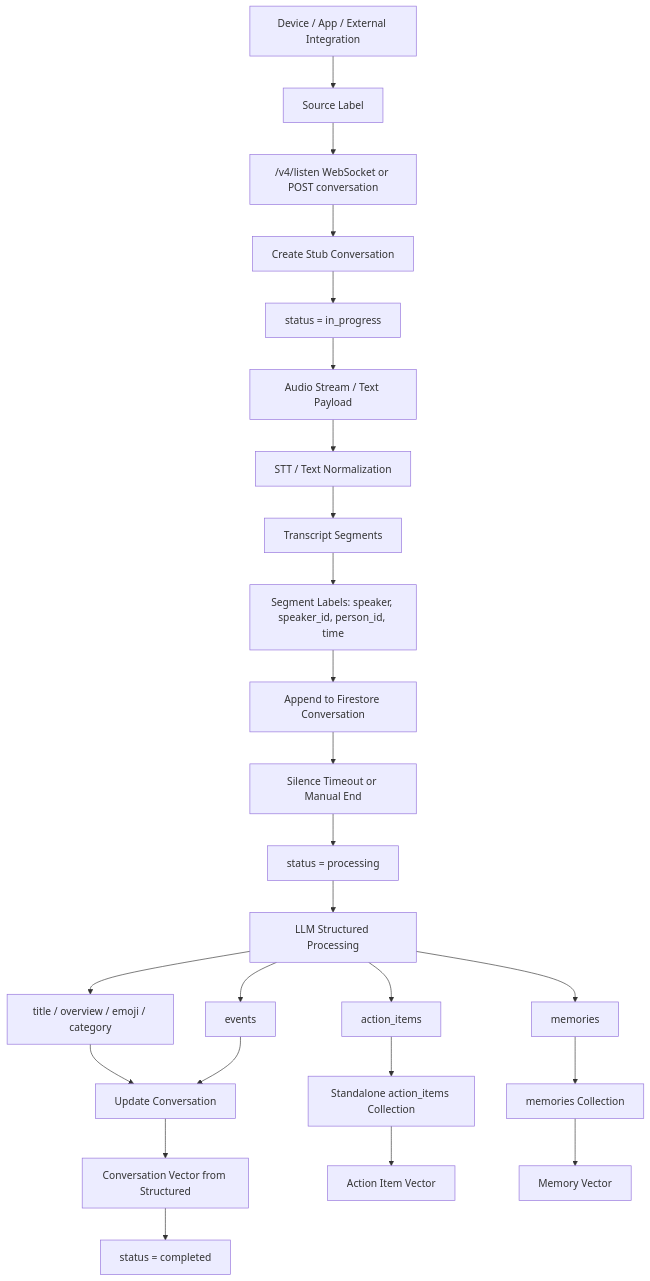
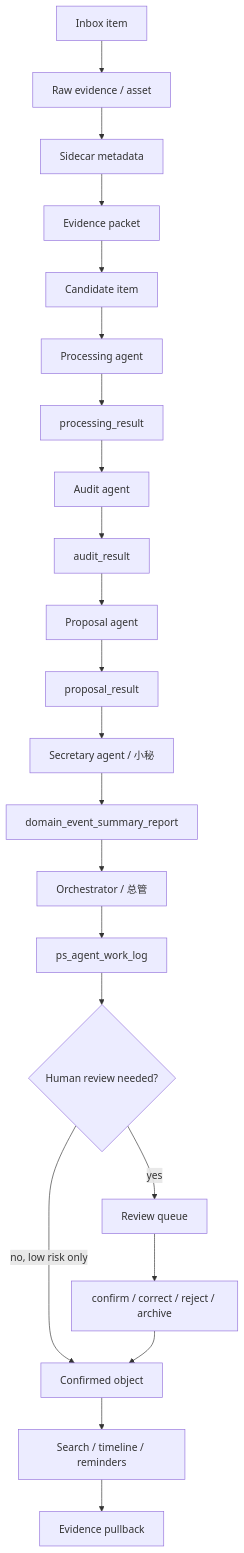
The diagram in information-processing/05-end-to-end-map.md (kidzkw/personal_assistant), drawn with Mermaid before and after one commit. The commit also changed other lines of this file and 19 other files, not shown here.

````diff
--- a/information-processing/05-end-to-end-map.md
+++ b/information-processing/05-end-to-end-map.md
@@ -5,27 +5,24 @@
 ```mermaid
-flowchart TB
-  A["Device / App / External Integration"] --> B["Source Label"]
-  B --> C["/v4/listen WebSocket or POST conversation"]
-  C --> D["Create Stub Conversation"]
-  D --> E["status = in_progress"]
-  E --> F["Audio Stream / Text Payload"]
-  F --> G["STT / Text Normalization"]
-  G --> H["Transcript Segments"]
-  H --> I["Segment Labels: speaker, speaker_id, person_id, time"]
-  I --> J["Append to Firestore Conversation"]
-  J --> K["Silence Timeout or Manual End"]
-  K --> L["status = processing"]
-  L --> M["LLM Structured Processing"]
-  M --> N["title / overview / emoji / category"]
-  M --> O["action_items"]
-  M --> P["events"]
-  M --> Q["memories"]
-  N --> R["Update Conversation"]
-  O --> S["Standalone action_items Collection"]
-  P --> R
-  Q --> T["memories Collection"]
-  R --> U["Conversation Vector from Structured"]
-  S --> V["Action Item Vector"]
-  T --> W["Memory Vector"]
-  U --> X["status = completed"]
+flowchart TD
+  A["Inbox item"] --> B["Raw evidence / asset"]
+  B --> C["Sidecar metadata"]
+  C --> D["Evidence packet"]
+  D --> E["Candidate item"]
+  E --> F["Processing agent"]
+  F --> G["processing_result"]
+  G --> H["Audit agent"]
+  H --> I["audit_result"]
+  I --> J["Proposal agent"]
+  J --> K["proposal_result"]
+  K --> L["Secretary agent / 小秘"]
+  L --> M["domain_event_summary_report"]
+  M --> N["Orchestrator / 总管"]
+  N --> O["ps_agent_work_log"]
+  O --> P{"Human review needed?"}
+  P -->|yes| Q["Review queue"]
+  P -->|no, low risk only| R["Confirmed object"]
+  Q --> S["confirm / correct / reject / archive"]
+  S --> R
+  R --> T["Search / timeline / reminders"]
+  T --> U["Evidence pullback"]
 ```
````
